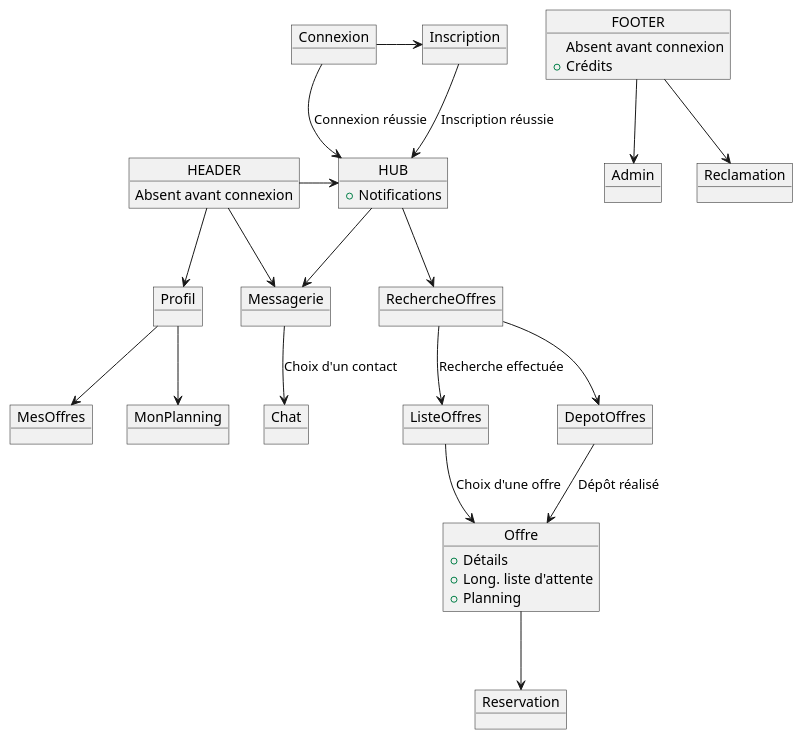
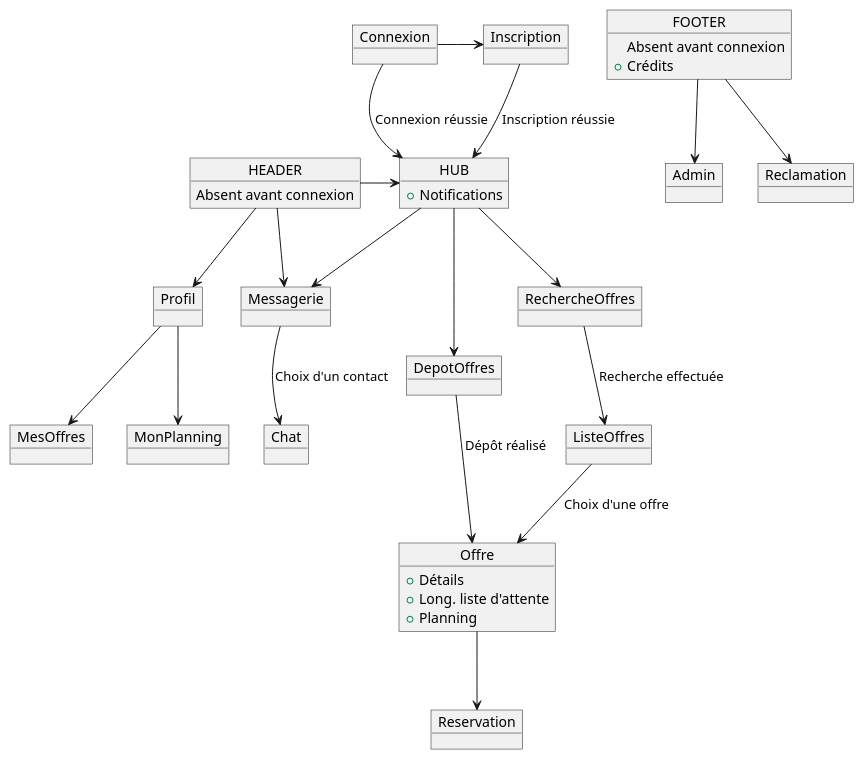
Before and after one commit to LeBoufty/codingweek: the diagram in docu/pages.pu, drawn with PlantUML.

Commit message:
Correction puml

```diff
--- a/docu/pages.pu
+++ b/docu/pages.pu
@@ -1,46 +1,46 @@
 @startuml "Pages"
 object Connexion
 object Inscription
 object HUB
 object Messagerie
 object Chat 
 object RechercheOffres
 object DepotOffres
 object ListeOffres
 object Offre
 object Reservation
 object HEADER
 object FOOTER
 object Profil
 object MesOffres
 object MonPlanning
 object Admin
 object Reclamation
 
 Connexion -> Inscription : ""
 Connexion -> HUB : "Connexion réussie"
 Inscription -down-> HUB : "Inscription réussie"
 HUB -down-> Messagerie : ""
 HUB -down-> RechercheOffres : ""
 HEADER -> HUB : ""
 HEADER -> Messagerie : ""
 HEADER -down-> Profil : ""
 Profil -down-> MesOffres : ""
 Profil -down-> MonPlanning : ""
-RechercheOffres -down-> DepotOffres : ""
+HUB -down-> DepotOffres : ""
 RechercheOffres -down-> ListeOffres : "Recherche effectuée"
 ListeOffres -down-> Offre : "Choix d'une offre"
 Offre -down-> Reservation : ""
 DepotOffres -down-> Offre : "Dépôt réalisé"
 Messagerie -down-> Chat : "Choix d'un contact"
 FOOTER -down-> Reclamation : ""
 FOOTER -down-> Admin : ""
 
 HEADER : Absent avant connexion
 FOOTER : Absent avant connexion
 HUB : + Notifications
 FOOTER : + Crédits
 Offre : + Détails
 Offre : + Long. liste d'attente
 Offre : + Planning
 @enduml
```
